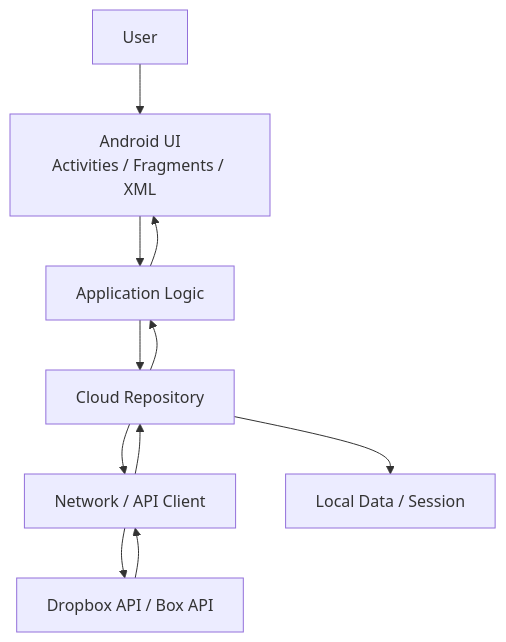
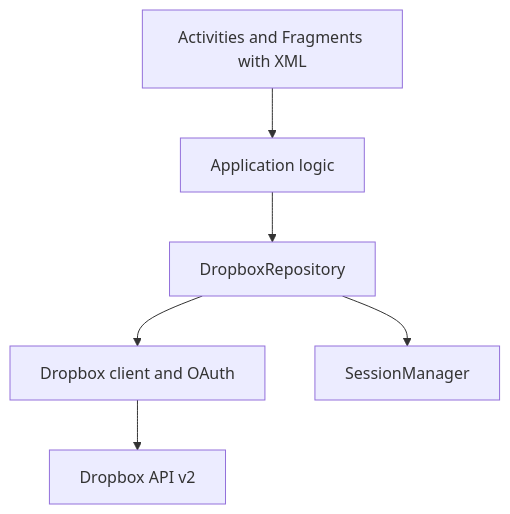
Before and after one commit to NamICT135/Dropbox-Client-Android: the diagram in README.md, drawn with Mermaid. The commit also changed other lines of this file, not shown here.

````diff
--- a/README.md
+++ b/README.md
@@ -110,31 +28,8 @@
 ```mermaid
 flowchart TD
-
-    USER[User]
-
-    UI[Android UI<br/>Activities / Fragments / XML]
-
-    CONTROLLER[Application Logic]
-
-    REPOSITORY[Cloud Repository]
-
-    NETWORK[Network / API Client]
-
-    LOCAL[Local Data / Session]
-
-    API[Dropbox API / Box API]
-
-    USER --> UI
-    UI --> CONTROLLER
-    CONTROLLER --> REPOSITORY
-
-    REPOSITORY --> NETWORK
-    REPOSITORY --> LOCAL
-
-    NETWORK --> API
-    API --> NETWORK
-
-    NETWORK --> REPOSITORY
-    REPOSITORY --> CONTROLLER
-    CONTROLLER --> UI
+    UI[Activities and Fragments with XML] --> LOGIC[Application logic]
+    LOGIC --> REPO[DropboxRepository]
+    REPO --> CLIENT[Dropbox client and OAuth]
+    REPO --> SESSION[SessionManager]
+    CLIENT --> API[Dropbox API v2]
 ```
````
